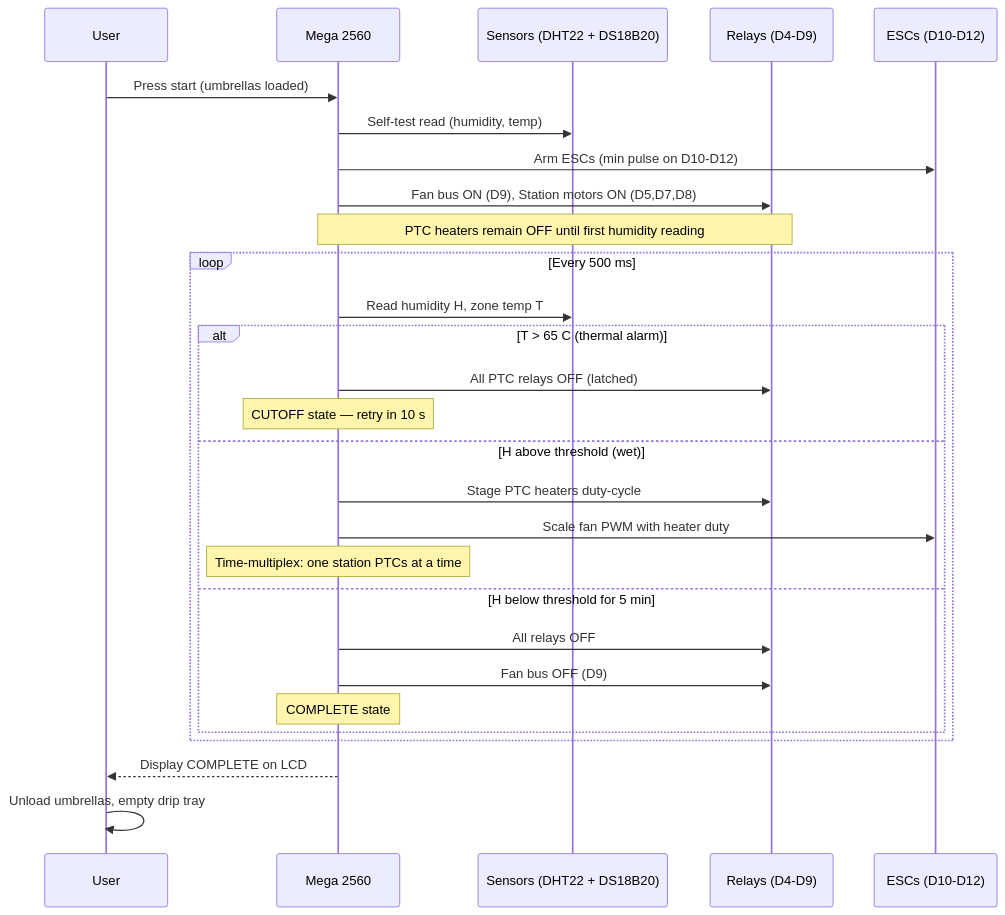
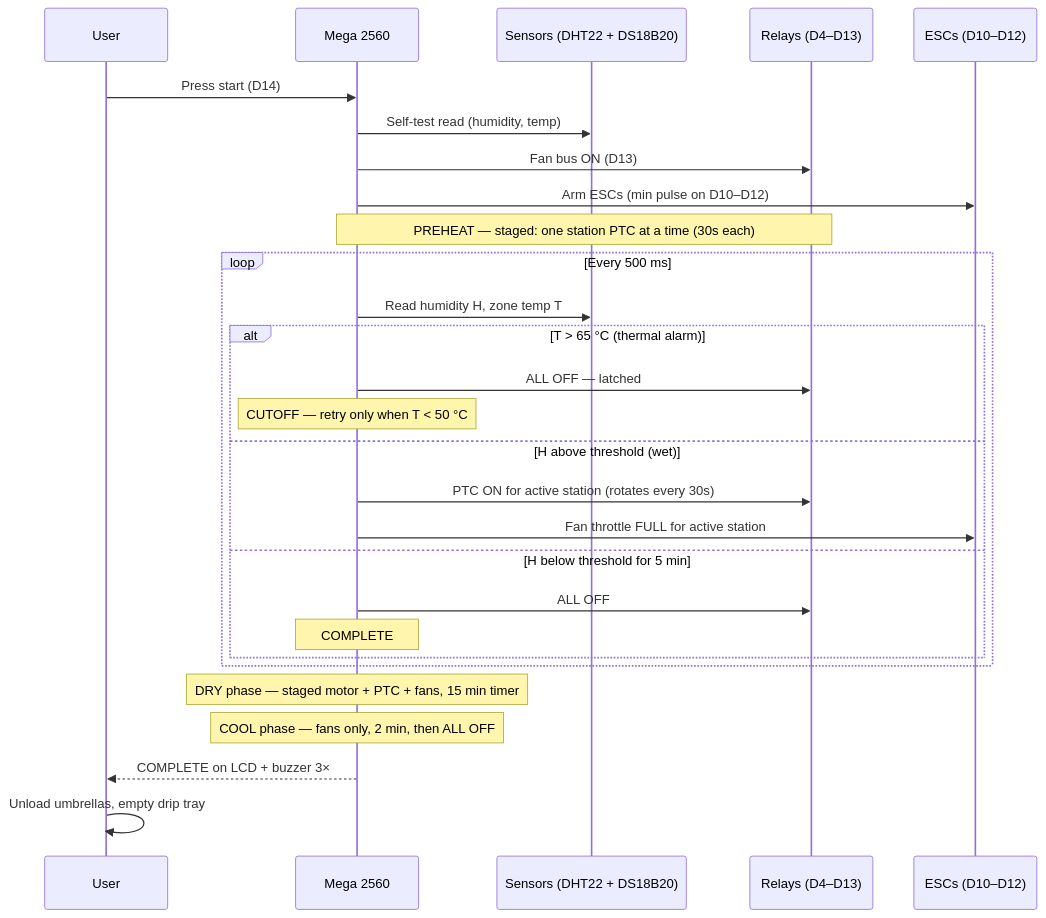
Before and after one commit to qppd/umbrella-dryer-v2: the fourth of 4 diagrams in docs/SYSTEM-ARCHITECTURE.md, drawn with Mermaid. The commit also changed other lines of this file and 14 other files, not shown here.

First line of the commit message:
Rev 8: site-wide wiring fix — fuses, relays, pin map, staged operation

````diff
--- a/docs/SYSTEM-ARCHITECTURE.md
+++ b/docs/SYSTEM-ARCHITECTURE.md
@@ -157,34 +177,35 @@
 ```mermaid
 sequenceDiagram
     participant U as User
     participant FW as Mega 2560
     participant S as Sensors (DHT22 + DS18B20)
-    participant R as Relays (D4-D9)
-    participant E as ESCs (D10-D12)
+    participant R as Relays (D4–D13)
+    participant E as ESCs (D10–D12)
 
-    U->>FW: Press start (umbrellas loaded)
+    U->>FW: Press start (D14)
     FW->>S: Self-test read (humidity, temp)
-    FW->>E: Arm ESCs (min pulse on D10-D12)
-    FW->>R: Fan bus ON (D9), Station motors ON (D5,D7,D8)
+    FW->>R: Fan bus ON (D13)
+    FW->>E: Arm ESCs (min pulse on D10–D12)
 
-    Note over FW,R: PTC heaters remain OFF until first humidity reading
+    Note over FW,R: PREHEAT — staged: one station PTC at a time (30s each)
 
     loop Every 500 ms
         FW->>S: Read humidity H, zone temp T
-        alt T > 65 C (thermal alarm)
-            FW->>R: All PTC relays OFF (latched)
-            Note over FW: CUTOFF state — retry in 10 s
+        alt T > 65 °C (thermal alarm)
+            FW->>R: ALL OFF — latched
+            Note over FW: CUTOFF — retry only when T < 50 °C
         else H above threshold (wet)
-            FW->>R: Stage PTC heaters duty-cycle
-            FW->>E: Scale fan PWM with heater duty
-            Note over FW: Time-multiplex: one station PTCs at a time
+            FW->>R: PTC ON for active station (rotates every 30s)
+            FW->>E: Fan throttle FULL for active station
         else H below threshold for 5 min
-            FW->>R: All relays OFF
-            FW->>R: Fan bus OFF (D9)
-            Note over FW: COMPLETE state
+            FW->>R: ALL OFF
+            Note over FW: COMPLETE
         end
     end
 
-    FW-->>U: Display COMPLETE on LCD
+    Note over FW: DRY phase — staged motor + PTC + fans, 15 min timer
+    Note over FW: COOL phase — fans only, 2 min, then ALL OFF
+
+    FW-->>U: COMPLETE on LCD + buzzer 3×
     U->>U: Unload umbrellas, empty drip tray
 ```
````
